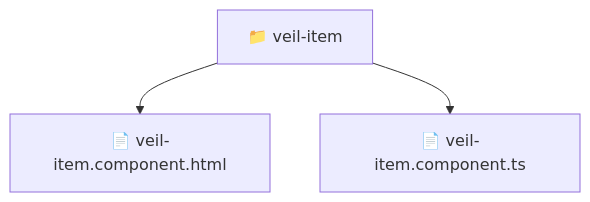
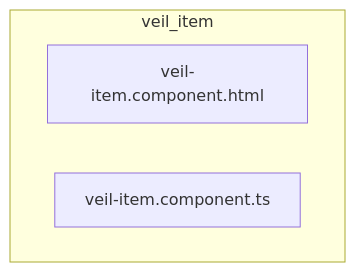
One commit to beginwebdev2002/fullstack-mavluda changed the diagram in frontend/src/pages/veil/ui/veil-item/README.md. Above: the diagram before and after it, drawn with Mermaid. The commit also changed other lines of this file and 163 other files, not shown here.

````diff
--- a/frontend/src/pages/veil/ui/veil-item/README.md
+++ b/frontend/src/pages/veil/ui/veil-item/README.md
@@ -11,6 +15,7 @@
 ```mermaid
 graph TD
-  Root["📁 veil-item"]
-  Root --> veil_item_component_html["📄 veil-item.component.html"]
-  Root --> veil_item_component_ts["📄 veil-item.component.ts"]
+  subgraph veil_item
+    veil_item_component_html["veil-item.component.html"]
+    veil_item_component_ts["veil-item.component.ts"]
+  end
 ```
````
